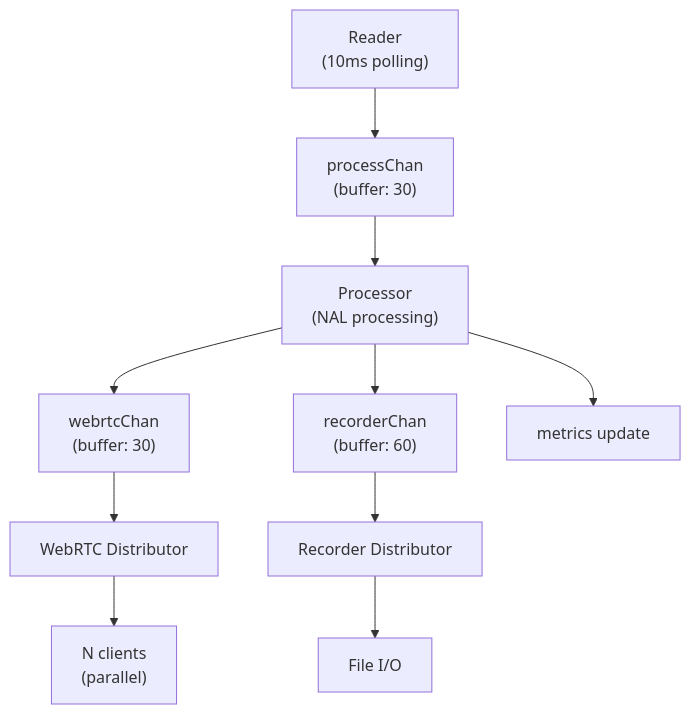
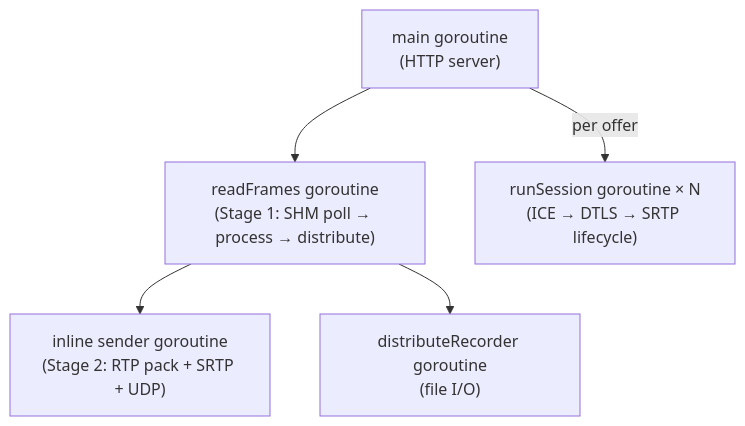
The third of 3 diagrams in docs/streaming-server.md (dj-oyu/rdk-x5_smart-pet-camera), drawn with Mermaid before and after one commit. The commit also changed other lines of this file and 1 other file, not shown here.

````diff
--- a/docs/streaming-server.md
+++ b/docs/streaming-server.md
@@ -96,18 +111,13 @@
 ```mermaid
 graph TD
-    reader["Reader<br/>(10ms polling)"]
-    proc_chan["processChan<br/>(buffer: 30)"]
-    processor["Processor<br/>(NAL processing)"]
-    webrtc_chan["webrtcChan<br/>(buffer: 30)"]
-    rec_chan["recorderChan<br/>(buffer: 60)"]
-    metrics["metrics update"]
-    webrtc_dist["WebRTC Distributor"]
-    rec_dist["Recorder Distributor"]
-    clients["N clients<br/>(parallel)"]
-    file["File I/O"]
+    main["main goroutine<br/>(HTTP server)"]
+    readFrames["readFrames goroutine<br/>(Stage 1: SHM poll → process → distribute)"]
+    sender["inline sender goroutine<br/>(Stage 2: RTP pack + SRTP + UDP)"]
+    distributeRecorder["distributeRecorder goroutine<br/>(file I/O)"]
+    runSession["runSession goroutine × N<br/>(ICE → DTLS → SRTP lifecycle)"]
 
-    reader --> proc_chan --> processor
-    processor --> webrtc_chan --> webrtc_dist --> clients
-    processor --> rec_chan --> rec_dist --> file
-    processor --> metrics
+    main --> readFrames
+    readFrames --> sender
+    readFrames --> distributeRecorder
+    main -->|"per offer"| runSession
 ```
````
